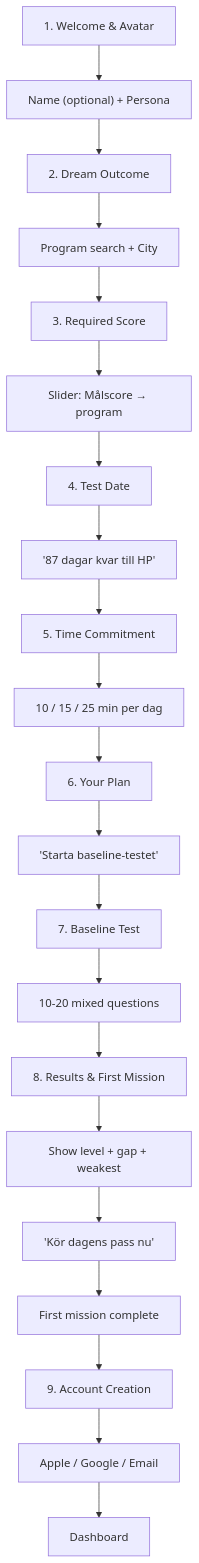
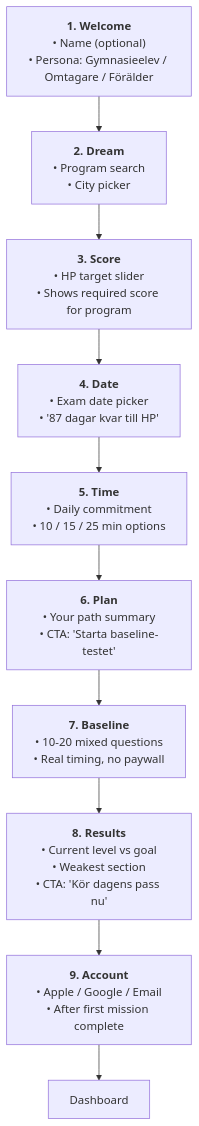
One commit to Willayam/maxa changed the third of 8 diagrams in docs/ROADMAP.md. Above: the diagram before and after it, drawn with Mermaid. The commit also changed other lines of this file, not shown here.

First line of the commit message:
docs: Consolidate mermaid boxes with bold titles + bullet lists

````diff
--- a/docs/ROADMAP.md
+++ b/docs/ROADMAP.md
@@ -68,23 +68,13 @@
 ```mermaid
 flowchart TD
-    A["1. Welcome & Avatar"] --> B["Name (optional) + Persona"]
-    B --> C["2. Dream Outcome"]
-    C --> D["Program search + City"]
-    D --> E["3. Required Score"]
-    E --> F["Slider: Målscore → program"]
-    F --> G["4. Test Date"]
-    G --> H["'87 dagar kvar till HP'"]
-    H --> I["5. Time Commitment"]
-    I --> J["10 / 15 / 25 min per dag"]
-    J --> K["6. Your Plan"]
-    K --> L["'Starta baseline-testet'"]
-    L --> M["7. Baseline Test"]
-    M --> N["10-20 mixed questions"]
-    N --> O["8. Results & First Mission"]
-    O --> P["Show level + gap + weakest"]
-    P --> Q["'Kör dagens pass nu'"]
-    Q --> R["First mission complete"]
-    R --> S["9. Account Creation"]
-    S --> T["Apple / Google / Email"]
-    T --> U[Dashboard]
+    A["<b>1. Welcome</b><br/>• Name (optional)<br/>• Persona: Gymnasieelev / Omtagare / Förälder"]
+    A --> B["<b>2. Dream</b><br/>• Program search<br/>• City picker"]
+    B --> C["<b>3. Score</b><br/>• HP target slider<br/>• Shows required score for program"]
+    C --> D["<b>4. Date</b><br/>• Exam date picker<br/>• '87 dagar kvar till HP'"]
+    D --> E["<b>5. Time</b><br/>• Daily commitment<br/>• 10 / 15 / 25 min options"]
+    E --> F["<b>6. Plan</b><br/>• Your path summary<br/>• CTA: 'Starta baseline-testet'"]
+    F --> G["<b>7. Baseline</b><br/>• 10-20 mixed questions<br/>• Real timing, no paywall"]
+    G --> H["<b>8. Results</b><br/>• Current level vs goal<br/>• Weakest section<br/>• CTA: 'Kör dagens pass nu'"]
+    H --> I["<b>9. Account</b><br/>• Apple / Google / Email<br/>• After first mission complete"]
+    I --> J[Dashboard]
 ```
````
